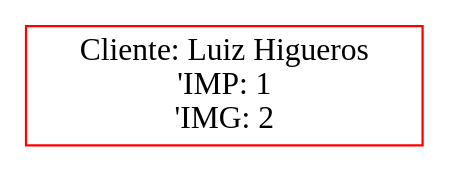
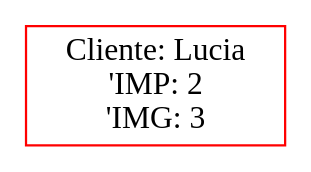
Before and after one commit to FranklinONP/EDD_PROYECTO_202200089: the diagram in Proyecto1/Proyecto1_202200089/Pruebas/PJ/queue.dot, drawn with Graphviz. The commit also changed 18 other files, not shown here.

```diff
--- a/Proyecto1/Proyecto1_202200089/Pruebas/PJ/queue.dot
+++ b/Proyecto1/Proyecto1_202200089/Pruebas/PJ/queue.dot
@@ -1,4 +1,4 @@
  digraph G {
  rankdir=LR;
- node4 [label="Cliente: Luiz Higueros\n'IMP: 1\n'IMG: 2", color="red", shape="rectangle"];
+ node8 [label="Cliente: Lucia\n'IMP: 2\n'IMG: 3", color="red", shape="rectangle"];
  }
```
